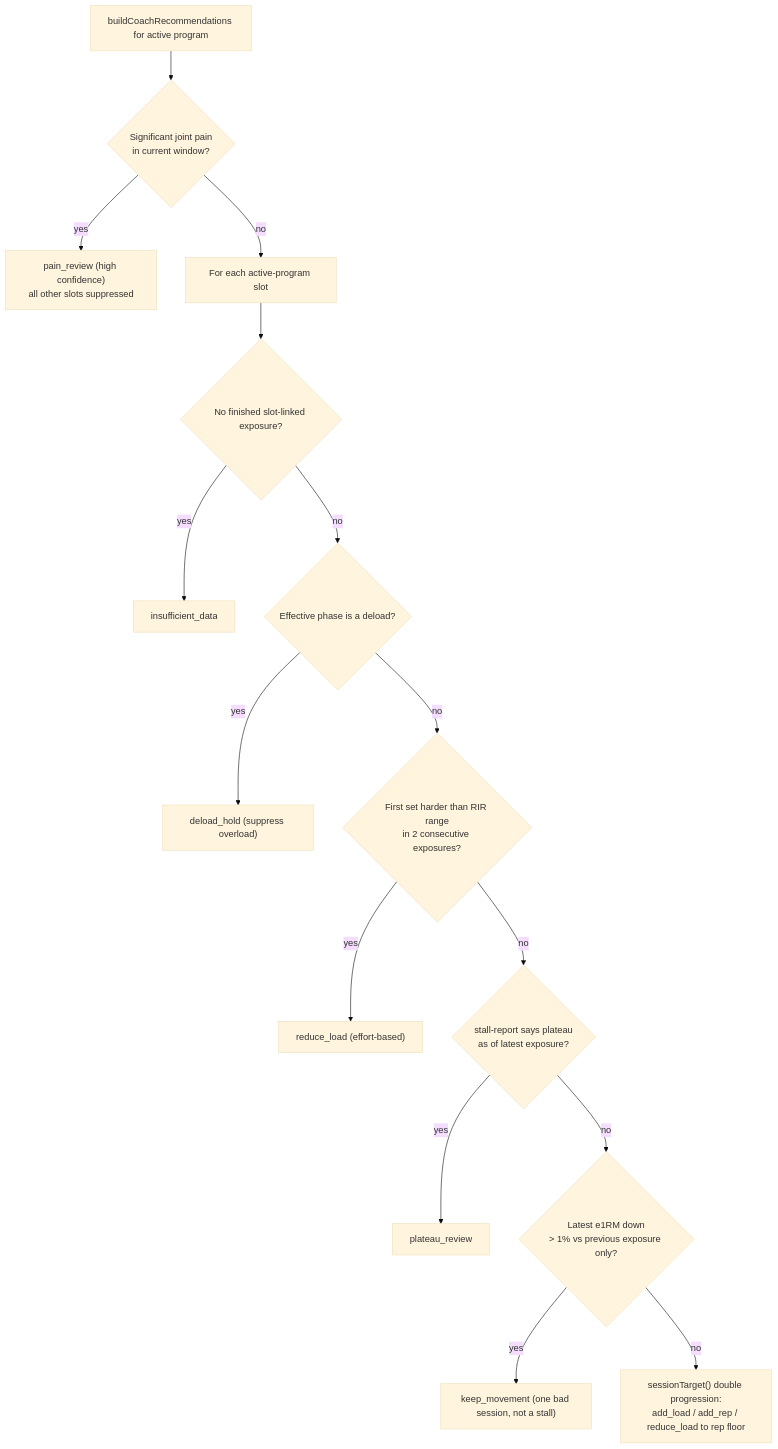
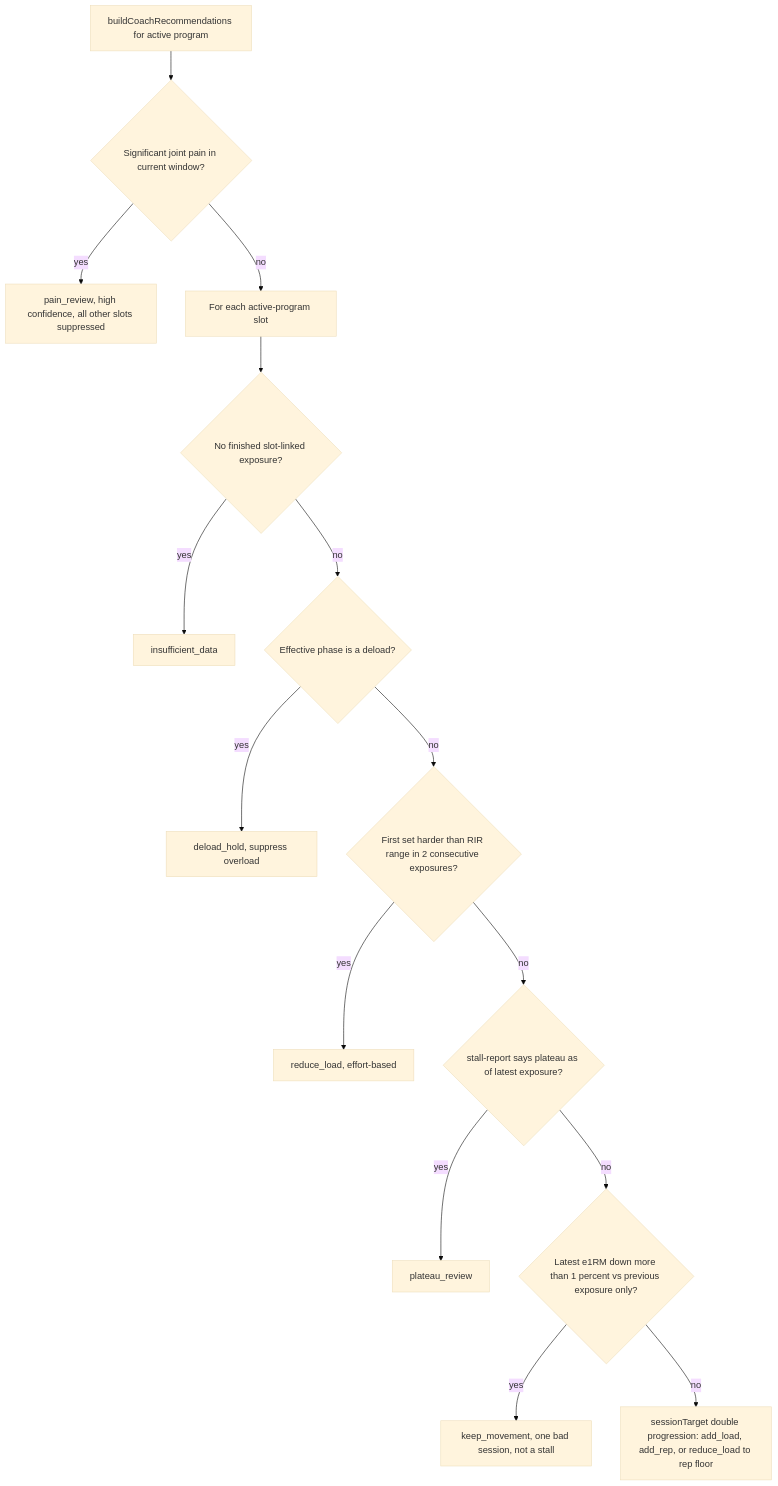
One commit to jms-dcksn/lifting-app changed the first of 3 diagrams in openwiki/workflows/coach-and-ai-agent.md. Above: the diagram before and after it, drawn with Mermaid (base theme). The commit also changed other lines of this file and 40 other files, not shown here.

````diff
--- a/openwiki/workflows/coach-and-ai-agent.md
+++ b/openwiki/workflows/coach-and-ai-agent.md
@@ -107,17 +170,17 @@
 ```mermaid
 flowchart TD
-    Start["buildCoachRecommendations for active program"] --> Pain{"Significant joint pain\nin current window?"}
-    Pain -- yes --> PainRev["pain_review (high confidence)\nall other slots suppressed"]
+    Start["buildCoachRecommendations for active program"] --> Pain{"Significant joint pain in current window?"}
+    Pain -- yes --> PainRev["pain_review, high confidence, all other slots suppressed"]
     Pain -- no --> PerSlot["For each active-program slot"]
     PerSlot --> NoExposure{"No finished slot-linked exposure?"}
     NoExposure -- yes --> Insufficient["insufficient_data"]
     NoExposure -- no --> Deload{"Effective phase is a deload?"}
-    Deload -- yes --> DeloadHold["deload_hold (suppress overload)"]
-    Deload -- no --> Effort{"First set harder than RIR range\nin 2 consecutive exposures?"}
-    Effort -- yes --> ReduceLoad["reduce_load (effort-based)"]
-    Effort -- no --> Plateau{"stall-report says plateau\nas of latest exposure?"}
+    Deload -- yes --> DeloadHold["deload_hold, suppress overload"]
+    Deload -- no --> Effort{"First set harder than RIR range in 2 consecutive exposures?"}
+    Effort -- yes --> ReduceLoad["reduce_load, effort-based"]
+    Effort -- no --> Plateau{"stall-report says plateau as of latest exposure?"}
     Plateau -- yes --> PlateauReview["plateau_review"]
-    Plateau -- no --> DownOne{"Latest e1RM down\n> 1% vs previous exposure only?"}
-    DownOne -- yes --> KeepMovement["keep_movement (one bad session, not a stall)"]
-    DownOne -- no --> Progression["sessionTarget() double progression:\nadd_load / add_rep / reduce_load to rep floor"]
+    Plateau -- no --> DownOne{"Latest e1RM down more than 1 percent vs previous exposure only?"}
+    DownOne -- yes --> KeepMovement["keep_movement, one bad session, not a stall"]
+    DownOne -- no --> Progression["sessionTarget double progression: add_load, add_rep, or reduce_load to rep floor"]
 ```
````
